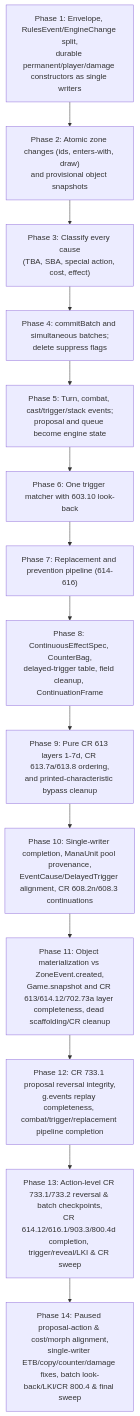
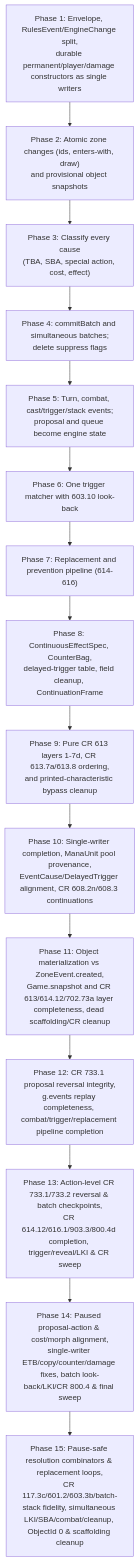
Before and after one commit to IharBury/mtg: the diagram in EVENT_ALIGNMENT_PLAN.md, drawn with Mermaid. The commit also changed other lines of this file, not shown here.

Commit message:
Update EVENT_ALIGNMENT_PLAN.md after Phase 14 (#596) and add Phase 15

````diff
--- a/EVENT_ALIGNMENT_PLAN.md
+++ b/EVENT_ALIGNMENT_PLAN.md
@@ -1534,16 +1553,17 @@
 ```mermaid
 flowchart TD
   P1["Phase 1: Envelope, RulesEvent/EngineChange split,\ndurable permanent/player/damage constructors as single writers"] --> P2["Phase 2: Atomic zone changes (ids, enters-with, draw)\nand provisional object snapshots"]
   P2 --> P3["Phase 3: Classify every cause\n(TBA, SBA, special action, cost, effect)"]
   P3 --> P4["Phase 4: commitBatch and simultaneous batches;\ndelete suppress flags"]
   P4 --> P5["Phase 5: Turn, combat, cast/trigger/stack events;\nproposal and queue become engine state"]
   P5 --> P6["Phase 6: One trigger matcher with 603.10 look-back"]
   P6 --> P7["Phase 7: Replacement and prevention pipeline (614-616)"]
   P7 --> P8["Phase 8: ContinuousEffectSpec, CounterBag,\ndelayed-trigger table, field cleanup, ContinuationFrame"]
   P8 --> P9["Phase 9: Pure CR 613 layers 1-7d, CR 613.7a/613.8 ordering,\nand printed-characteristic bypass cleanup"]
   P9 --> P10["Phase 10: Single-writer completion, ManaUnit pool provenance,\nEventCause/DelayedTrigger alignment, CR 608.2n/608.3 continuations"]
   P10 --> P11["Phase 11: Object materialization vs ZoneEvent.created,\nGame.snapshot and CR 613/614.12/702.73a layer completeness, dead scaffolding/CR cleanup"]
   P11 --> P12["Phase 12: CR 733.1 proposal reversal integrity,\ng.events replay completeness, combat/trigger/replacement pipeline completion"]
   P12 --> P13["Phase 13: Action-level CR 733.1/733.2 reversal & batch checkpoints,\nCR 614.12/616.1/903.3/800.4d completion, trigger/reveal/LKI & CR sweep"]
   P13 --> P14["Phase 14: Paused proposal-action & cost/morph alignment,\nsingle-writer ETB/copy/counter/damage fixes, batch look-back/LKI/CR 800.4 & final sweep"]
+  P14 --> P15["Phase 15: Pause-safe resolution combinators & replacement loops,\nCR 117.3c/601.2/603.3b/batch-stack fidelity, simultaneous LKI/SBA/combat/cleanup, ObjectId 0 & scaffolding cleanup"]
 ```
````
